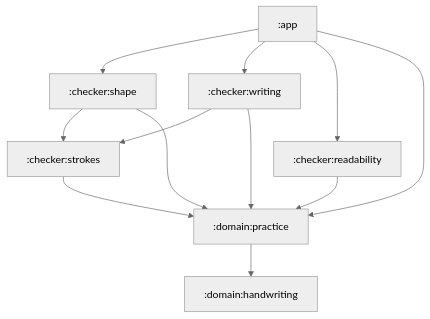
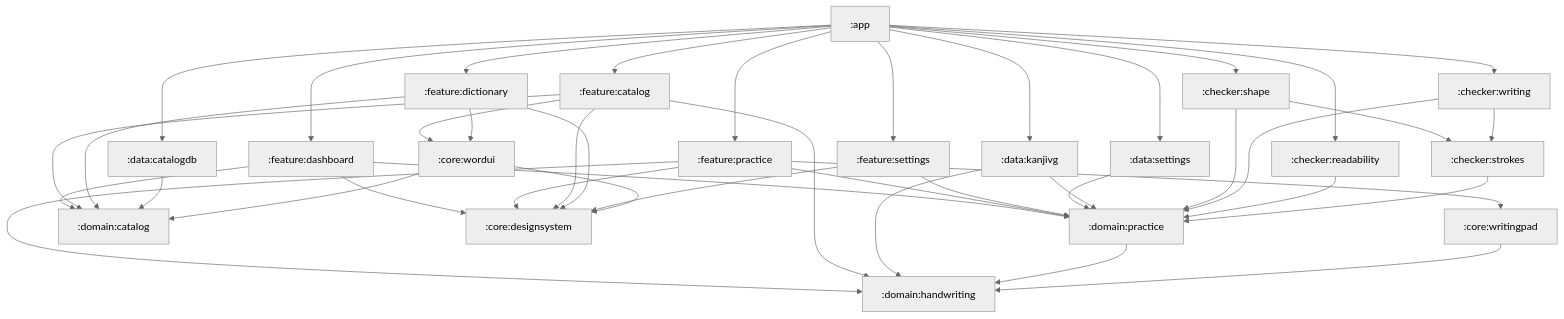
The diagram in doc/architecture.md (sachebotarev/kanji), drawn with Mermaid (neutral theme) before and after one commit. The commit also changed other lines of this file and 121 other files, not shown here.

````diff
--- a/doc/architecture.md
+++ b/doc/architecture.md
@@ -60,14 +73,52 @@
 ```mermaid
 flowchart TD
-    app[":app"] --> shape[":checker:shape"]
-    app --> writing[":checker:writing"]
-    app --> readability[":checker:readability"]
-    app --> practice[":domain:practice"]
-    shape --> strokes[":checker:strokes"]
-    writing --> strokes
-    shape --> practice
-    writing --> practice
-    readability --> practice
-    strokes --> practice
-    practice --> handwriting[":domain:handwriting"]
+    app[":app"] --> featDash[":feature:dashboard"]
+    app --> featPrac[":feature:practice"]
+    app --> featCat[":feature:catalog"]
+    app --> featDict[":feature:dictionary"]
+    app --> featSet[":feature:settings"]
+    app --> dataCat[":data:catalogdb"]
+    app --> dataSet[":data:settings"]
+    app --> dataKvg[":data:kanjivg"]
+    app --> chkShape[":checker:shape"]
+    app --> chkWrite[":checker:writing"]
+    app --> chkRead[":checker:readability"]
+
+    featDash --> domPrac[":domain:practice"]
+    featDash --> domCat[":domain:catalog"]
+    featDash --> coreDs[":core:designsystem"]
+
+    featPrac --> domPrac
+    featPrac --> domHw[":domain:handwriting"]
+    featPrac --> corePad[":core:writingpad"]
+    featPrac --> coreDs
+
+    featCat --> domCat
+    featCat --> domHw
+    featCat --> coreWord[":core:wordui"]
+    featCat --> coreDs
+
+    featDict --> domCat
+    featDict --> coreWord
+    featDict --> coreDs
+
+    featSet --> domPrac
+    featSet --> coreDs
+
+    dataCat --> domCat
+    dataSet --> domPrac
+    dataKvg --> domPrac
+    dataKvg --> domHw
+
+    chkShape --> domPrac
+    chkShape --> chkStrokes[":checker:strokes"]
+    chkWrite --> domPrac
+    chkWrite --> chkStrokes
+    chkRead --> domPrac
+    chkStrokes --> domPrac
+
+    domPrac --> domHw
+    coreWord --> domCat
+    coreWord --> coreDs
+    corePad --> domHw
 ```
````
